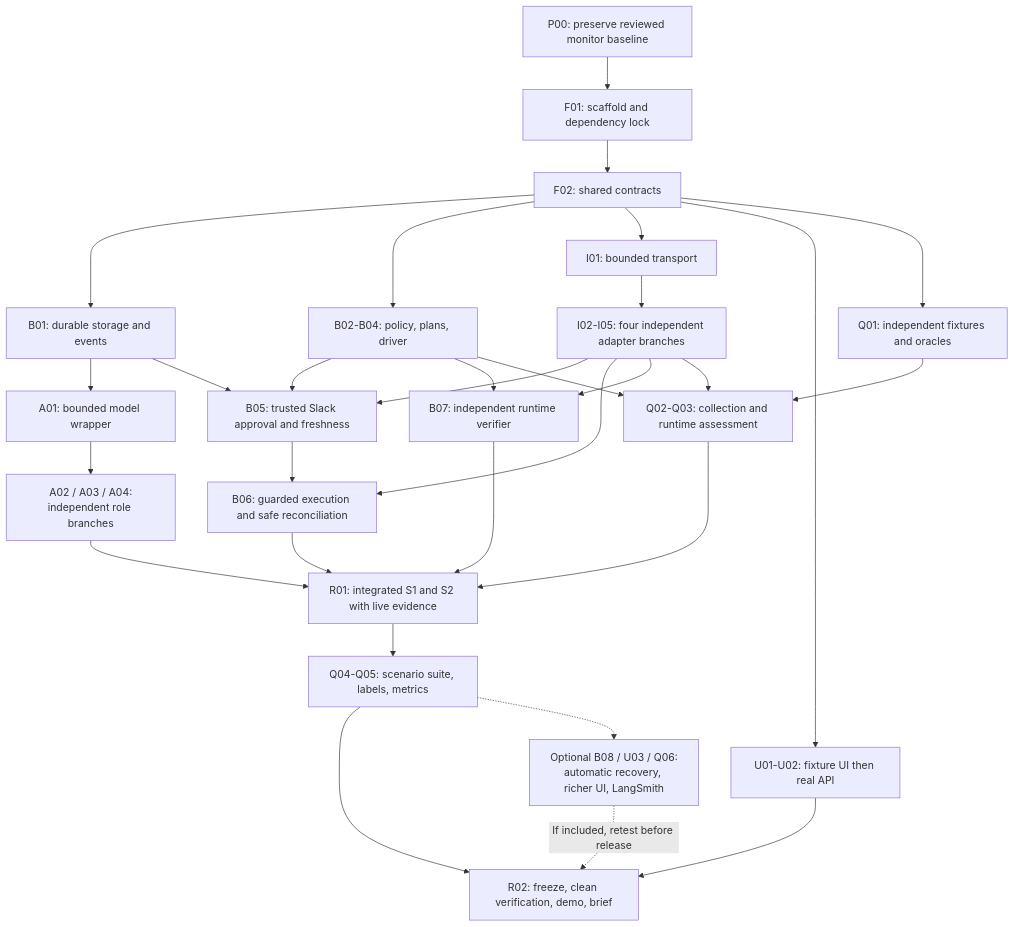
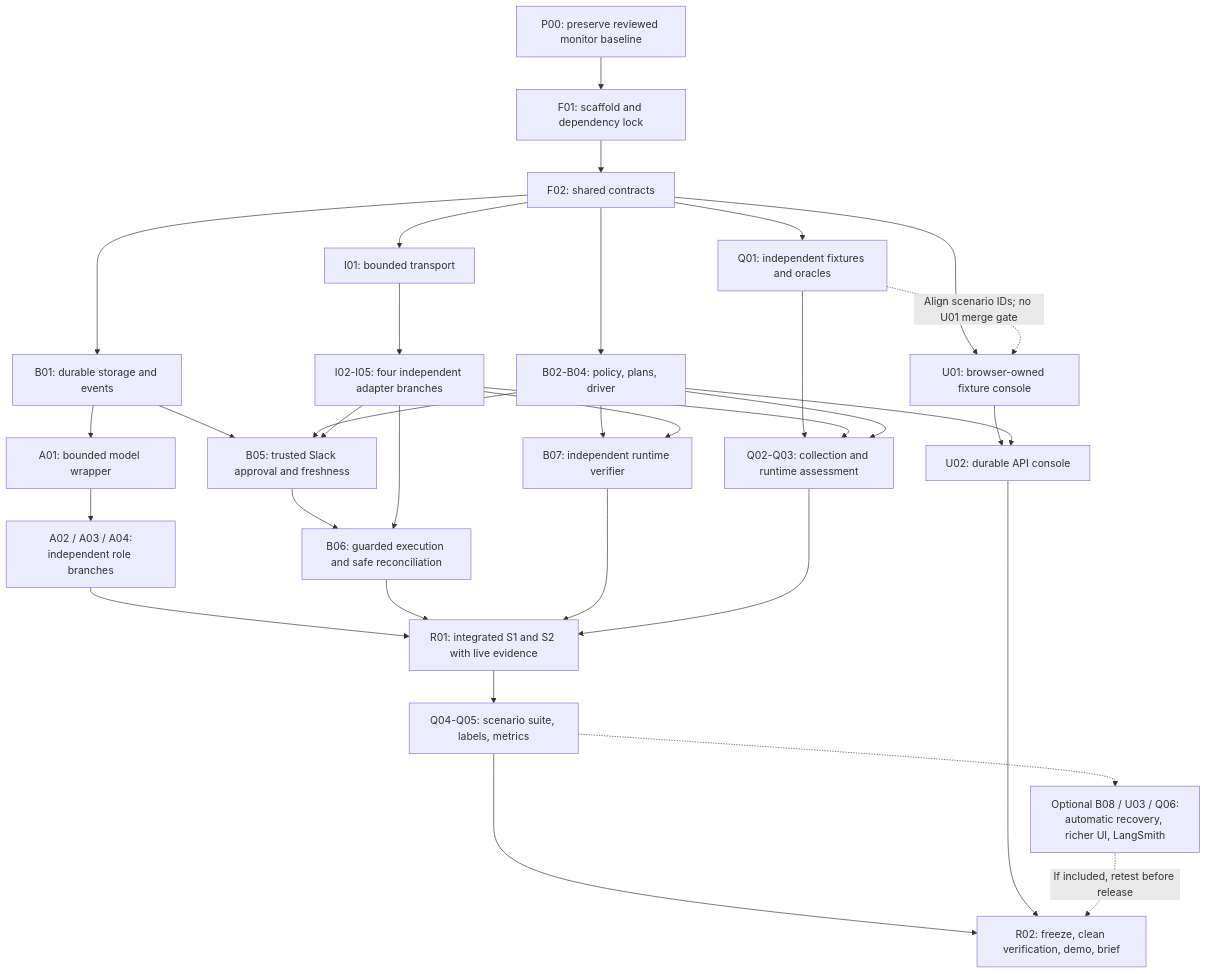
One commit to janmenjayap/multi-app_ai-agent_hackathon changed the diagram in ideation/implementation-plan/03-parallel-delivery.md. Above: the diagram before and after it, drawn with Mermaid. The commit also changed other lines of this file and 25 other files, not shown here.

````diff
--- a/ideation/implementation-plan/03-parallel-delivery.md
+++ b/ideation/implementation-plan/03-parallel-delivery.md
@@ -61,32 +71,35 @@
 ```mermaid
 flowchart TD
     P00["P00: preserve reviewed monitor baseline"] --> F01
     F01["F01: scaffold and dependency lock"] --> F02["F02: shared contracts"]
     F02 --> Storage["B01: durable storage and events"]
     F02 --> Core["B02-B04: policy, plans, driver"]
     F02 --> I01["I01: bounded transport"]
     I01 --> Providers["I02-I05: four independent adapter branches"]
     Storage --> A01["A01: bounded model wrapper"]
     A01 --> Models["A02 / A03 / A04:<br/>independent role branches"]
-    F02 --> UI["U01-U02: fixture UI then real API"]
+    F02 --> UIFixture["U01: browser-owned fixture console"]
     F02 --> Q01["Q01: independent fixtures and oracles"]
+    UIFixture --> UILive["U02: durable API console"]
+    Core --> UILive
+    Q01 -.->|"Align scenario IDs; no U01 merge gate"| UIFixture
     Storage --> Approval
     Core --> Approval["B05: trusted Slack approval and freshness"]
     Providers --> Approval
     Approval --> Execute["B06: guarded execution and safe reconciliation"]
     Providers --> Execute
     Core --> Verify["B07: independent runtime verifier"]
     Providers --> Verify
     Q01 --> Evidence["Q02-Q03: collection and runtime assessment"]
     Providers --> Evidence
     Core --> Evidence
     Models --> R01["R01: integrated S1 and S2 with live evidence"]
     Execute --> R01
     Verify --> R01
     Evidence --> R01
     R01 --> Q04["Q04-Q05: scenario suite, labels, metrics"]
     Q04 --> R02["R02: freeze, clean verification, demo, brief"]
-    UI --> R02
+    UILive --> R02
     Q04 -.-> Extra["Optional B08 / U03 / Q06:<br/>automatic recovery, richer UI, LangSmith"]
     Extra -.->|"If included, retest before release"| R02
 ```
````
